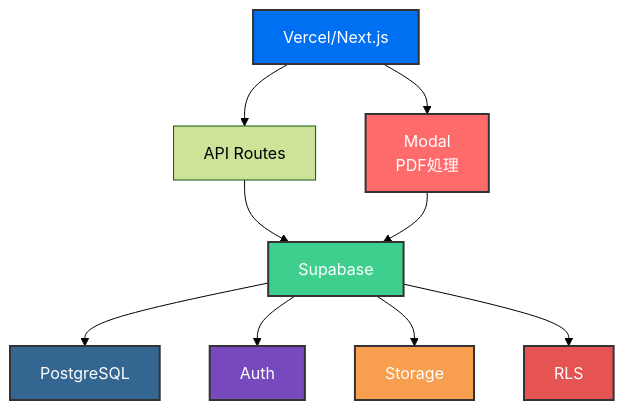
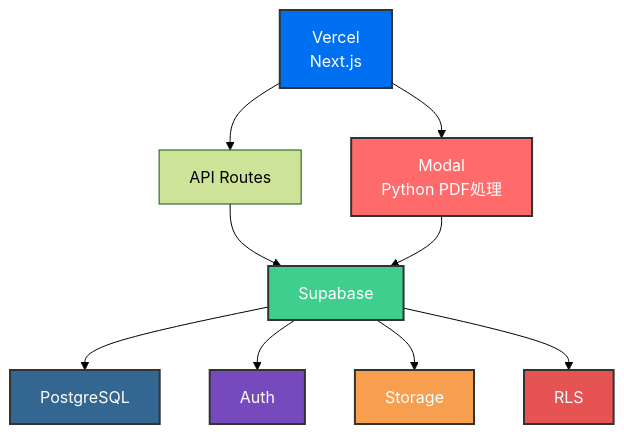
One commit to japancareer/explain-docs changed the diagram in docs/architecture.md. Above: the diagram before and after it, drawn with Mermaid (forest theme). The commit also changed other lines of this file, not shown here.

````diff
--- a/docs/architecture.md
+++ b/docs/architecture.md
@@ -11,19 +11,19 @@
 ```mermaid
 graph TD
-    A[Vercel/Next.js] --> B[API Routes]
-    A --> C[Modal<br/>PDF処理]
+    A[Vercel<br/>Next.js] --> B[API Routes]
+    A --> C[Modal<br/>Python PDF処理]
     B --> D[Supabase]
     C --> D
     D --> E[PostgreSQL]
     D --> F[Auth]
     D --> G[Storage]
     D --> H[RLS]
     
     style A fill:#0070f3,stroke:#333,stroke-width:2px,color:#fff
     style C fill:#ff6b6b,stroke:#333,stroke-width:2px,color:#fff
     style D fill:#3ecf8e,stroke:#333,stroke-width:2px,color:#fff
     style E fill:#336791,stroke:#333,stroke-width:2px,color:#fff
     style F fill:#764abc,stroke:#333,stroke-width:2px,color:#fff
     style G fill:#f89e4f,stroke:#333,stroke-width:2px,color:#fff
     style H fill:#e55353,stroke:#333,stroke-width:2px,color:#fff
 ```
````
